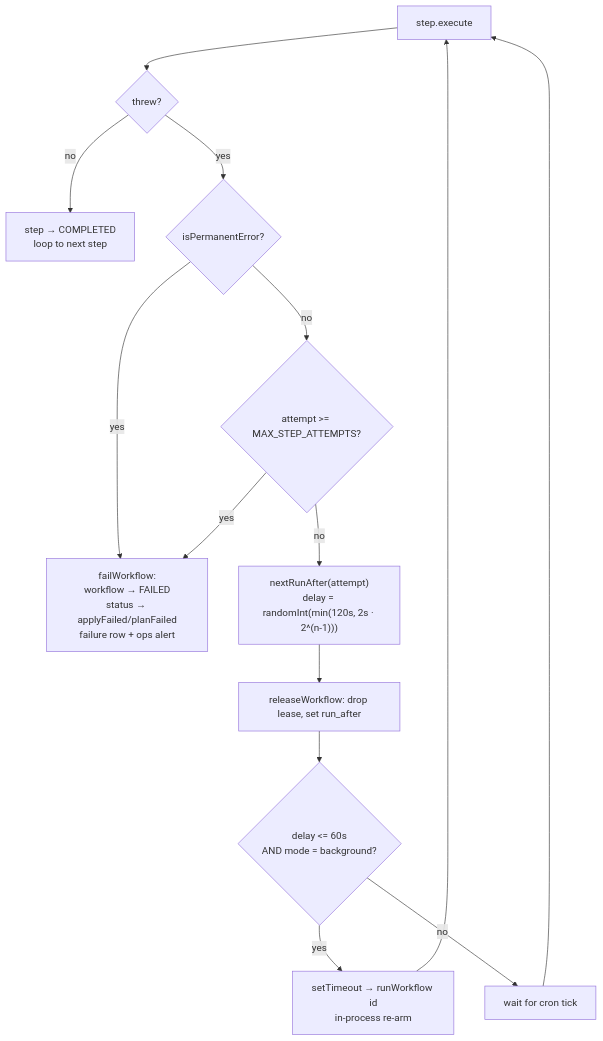
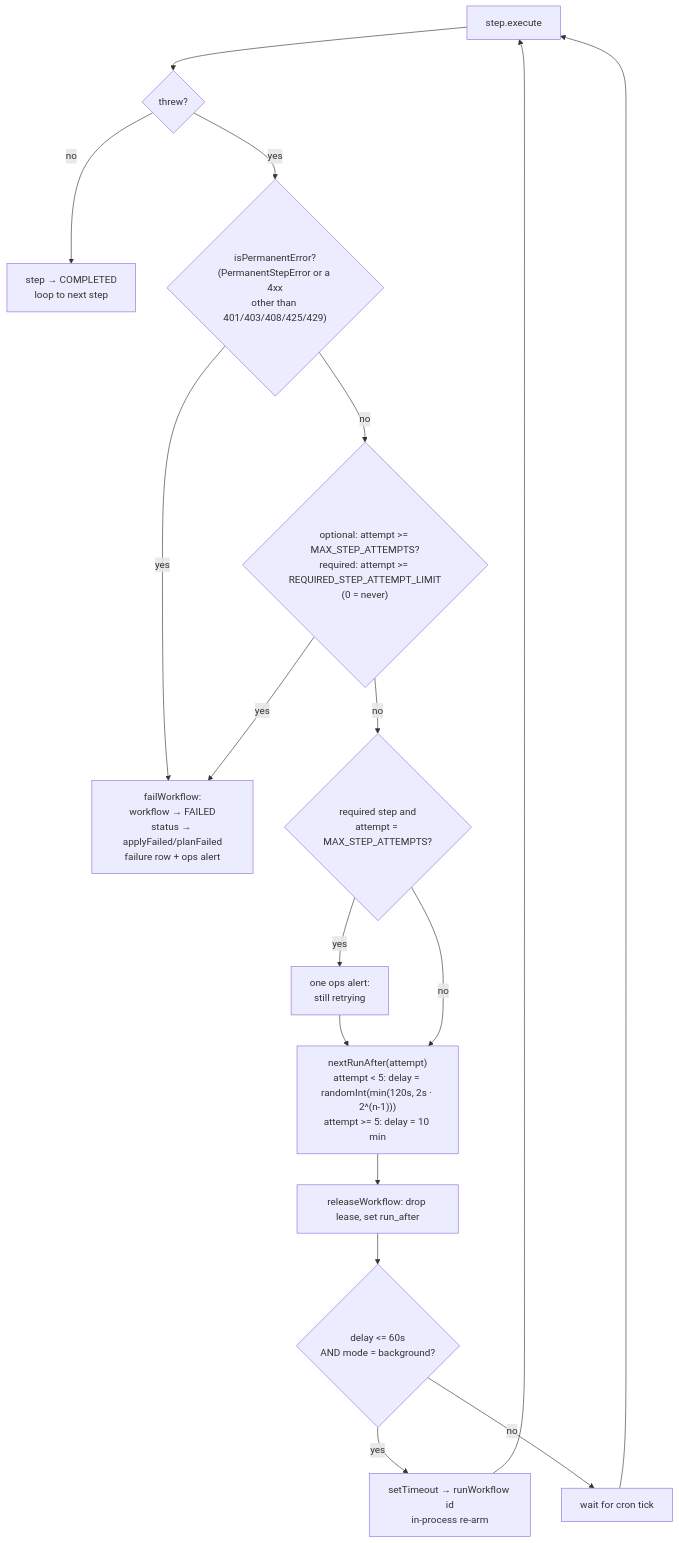
One commit to bcgov/sso-requests changed the fifth of 5 diagrams in docs/adr/0001-async-integration-submission-saga.md. Above: the diagram before and after it, drawn with Mermaid. The commit also changed other lines of this file and 32 other files, not shown here.

````diff
--- a/docs/adr/0001-async-integration-submission-saga.md
+++ b/docs/adr/0001-async-integration-submission-saga.md
@@ -141,16 +142,18 @@
 ```mermaid
 flowchart TD
   S[step.execute] --> OK{threw?}
   OK -- no --> C[step → COMPLETED<br/>loop to next step]
-  OK -- yes --> PERM{isPermanentError?}
+  OK -- yes --> PERM{"isPermanentError?<br/>(PermanentStepError or a 4xx<br/>other than 401/403/408/425/429)"}
   PERM -- yes --> FAIL
-  PERM -- no --> EX{attempt >= MAX_STEP_ATTEMPTS?}
+  PERM -- no --> EX{"optional: attempt >= MAX_STEP_ATTEMPTS?<br/>required: attempt >= REQUIRED_STEP_ATTEMPT_LIMIT<br/>(0 = never)"}
   EX -- yes --> FAIL[failWorkflow:<br/>workflow → FAILED<br/>status → applyFailed/planFailed<br/>failure row + ops alert]
-  EX -- no --> B["nextRunAfter(attempt)<br/>delay = randomInt(min(120s, 2s · 2^(n-1)))"]
+  EX -- no --> AL{"required step and<br/>attempt = MAX_STEP_ATTEMPTS?"}
+  AL -- yes --> ALERT[one ops alert:<br/>still retrying] --> B
+  AL -- no --> B["nextRunAfter(attempt)<br/>attempt < 5: delay = randomInt(min(120s, 2s · 2^(n-1)))<br/>attempt >= 5: delay = 10 min"]
   B --> REL[releaseWorkflow: drop lease, set run_after]
   REL --> CEIL{delay <= 60s<br/>AND mode = background?}
   CEIL -- yes --> T[setTimeout → runWorkflow id<br/>in-process re-arm]
   CEIL -- no --> K[wait for cron tick]
   T --> S
   K --> S
 ```
````
